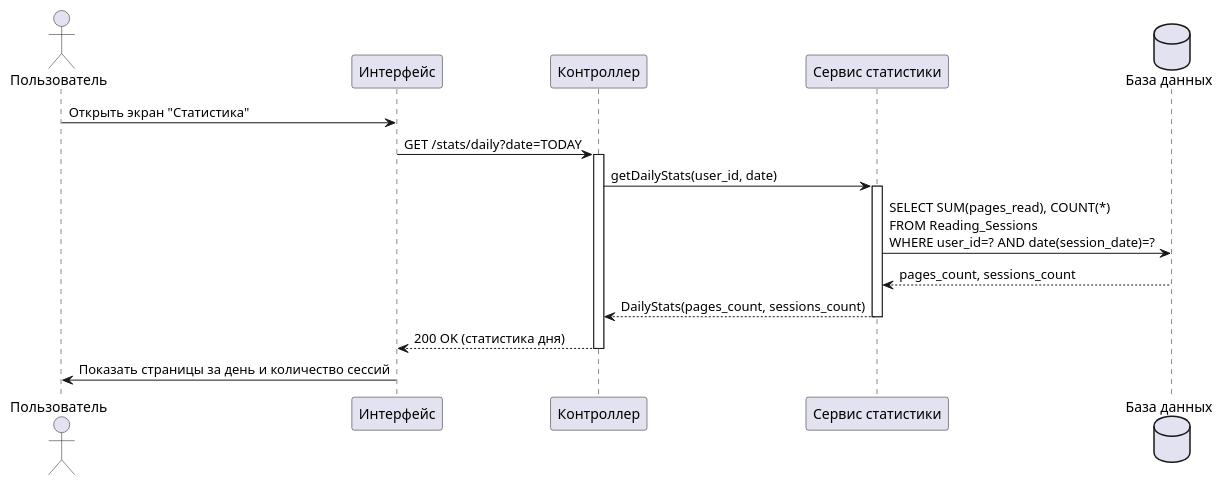
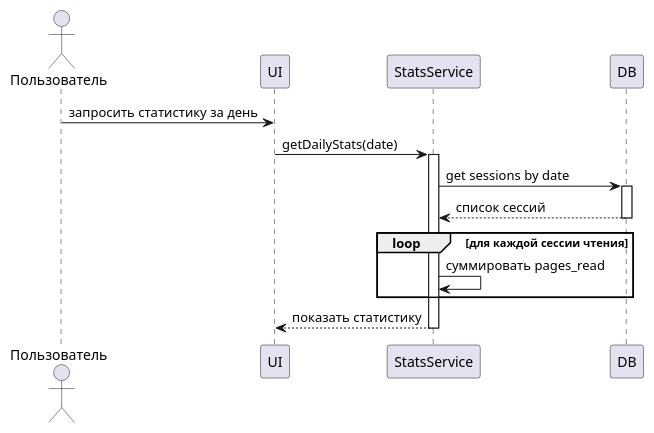
The diagram in docs/behavior/sequence/daily_stats_sequence.puml (darkssss-web/Read-Tracker), drawn with PlantUML before and after one commit.

```diff
--- a/docs/behavior/sequence/daily_stats_sequence.puml
+++ b/docs/behavior/sequence/daily_stats_sequence.puml
@@ -1,27 +1,22 @@
-@startuml Ежедневная_Статистика_Чтения
+@startuml
+actor Пользователь
+participant UI
+participant "StatsService" as Service
+participant DB
 
-actor "Пользователь" as User
-participant "Интерфейс" as UI
-participant "Контроллер" as Controller
-participant "Сервис статистики" as StatsService
-database "База данных" as DB
+Пользователь -> UI : запросить статистику за день
+UI -> Service : getDailyStats(date)
+activate Service
 
-User -> UI : Открыть экран "Статистика"
-UI -> Controller : GET /stats/daily?date=TODAY
-activate Controller
+Service -> DB : get sessions by date
+activate DB
+DB --> Service : список сессий
+deactivate DB
 
-Controller -> StatsService : getDailyStats(user_id, date)
-activate StatsService
+loop для каждой сессии чтения
+  Service -> Service : суммировать pages_read
+end
 
-StatsService -> DB : SELECT SUM(pages_read), COUNT(*)\nFROM Reading_Sessions\nWHERE user_id=? AND date(session_date)=?
-DB --> StatsService : pages_count, sessions_count
-
-StatsService --> Controller : DailyStats(pages_count, sessions_count)
-deactivate StatsService
-
-Controller --> UI : 200 OK (статистика дня)
-deactivate Controller
-
-UI -> User : Показать страницы за день и количество сессий
-
+Service --> UI : показать статистику
+deactivate Service
 @enduml
```
